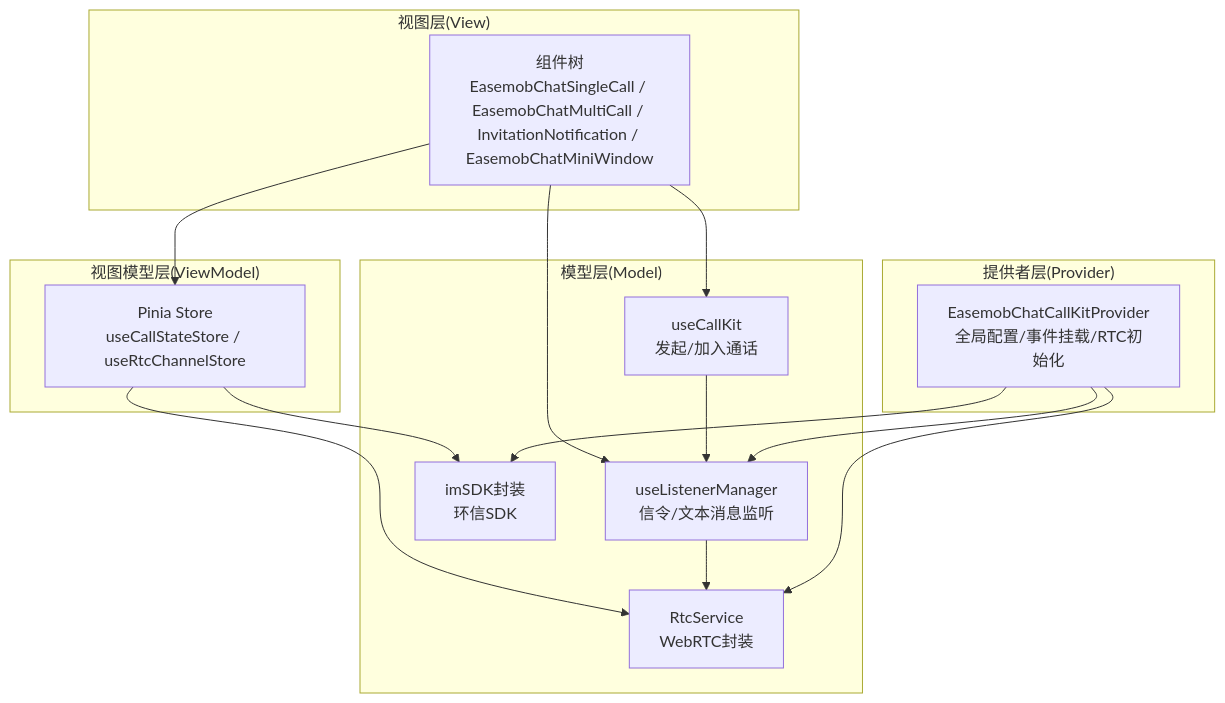
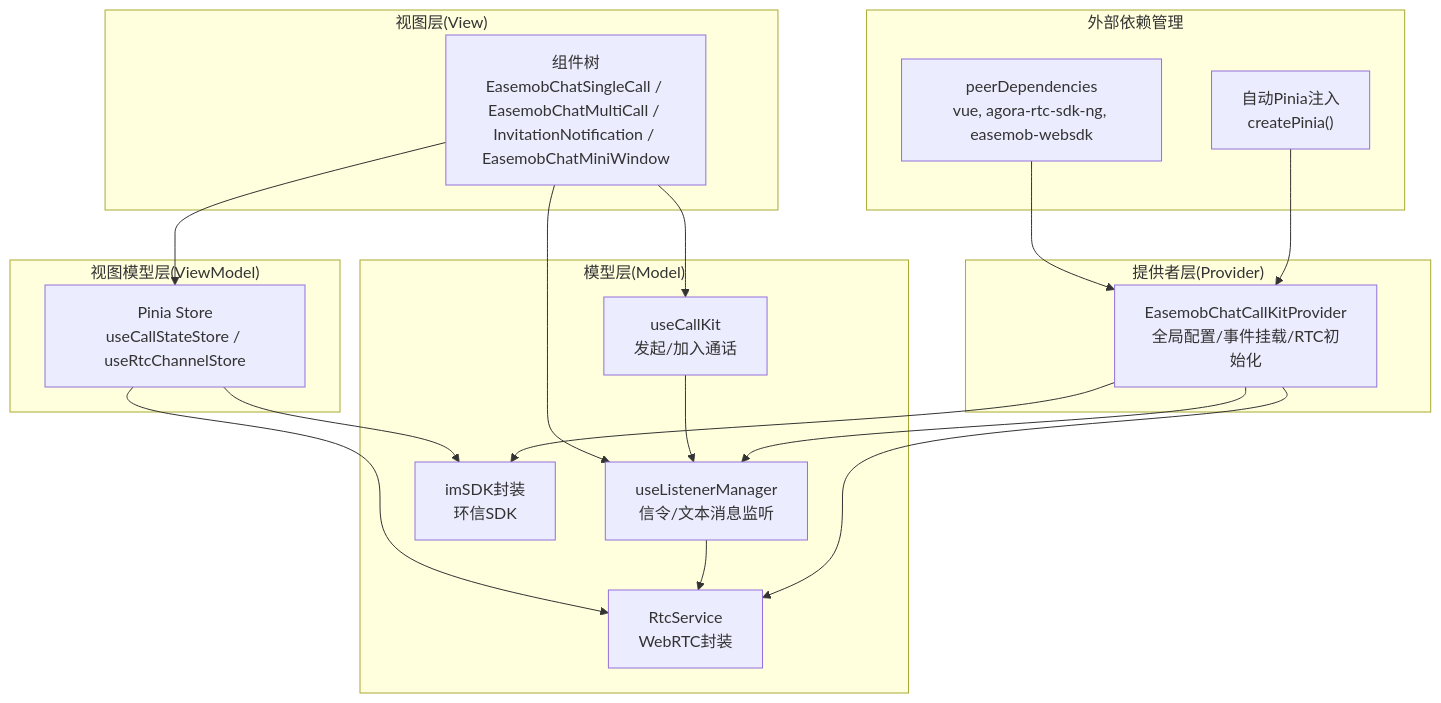
The second of 7 diagrams in .qoder/repowiki/zh/content/项目概述/技术架构.md (Easemob-Community/easemob-uikit-callkit-vue3), drawn with Mermaid before and after one commit. The commit also changed other lines of this file and 6 other files, not shown here.

````diff
--- a/.qoder/repowiki/zh/content/项目概述/技术架构.md
+++ b/.qoder/repowiki/zh/content/项目概述/技术架构.md
@@ -95,28 +106,34 @@
 ```mermaid
 graph TB
 subgraph "视图层(View)"
 UI["组件树<br/>EasemobChatSingleCall / EasemobChatMultiCall / InvitationNotification / EasemobChatMiniWindow"]
 end
 subgraph "视图模型层(ViewModel)"
 PINIA["Pinia Store<br/>useCallStateStore / useRtcChannelStore"]
 end
 subgraph "模型层(Model)"
 LISTENER["useListenerManager<br/>信令/文本消息监听"]
 CALLKIT["useCallKit<br/>发起/加入通话"]
 RTC["RtcService<br/>WebRTC封装"]
 IM["imSDK封装<br/>环信SDK"]
 end
 subgraph "提供者层(Provider)"
 PROVIDER["EasemobChatCallKitProvider<br/>全局配置/事件挂载/RTC初始化"]
 end
+subgraph "外部依赖管理"
+PEER["peerDependencies<br/>vue, agora-rtc-sdk-ng, easemob-websdk"]
+AUTO["自动Pinia注入<br/>createPinia()"]
+end
 UI --> PINIA
 UI --> CALLKIT
 UI --> LISTENER
 PINIA --> RTC
 PINIA --> IM
 CALLKIT --> LISTENER
 LISTENER --> RTC
 PROVIDER --> LISTENER
 PROVIDER --> RTC
 PROVIDER --> IM
+PEER --> PROVIDER
+AUTO --> PROVIDER
 ```
````
